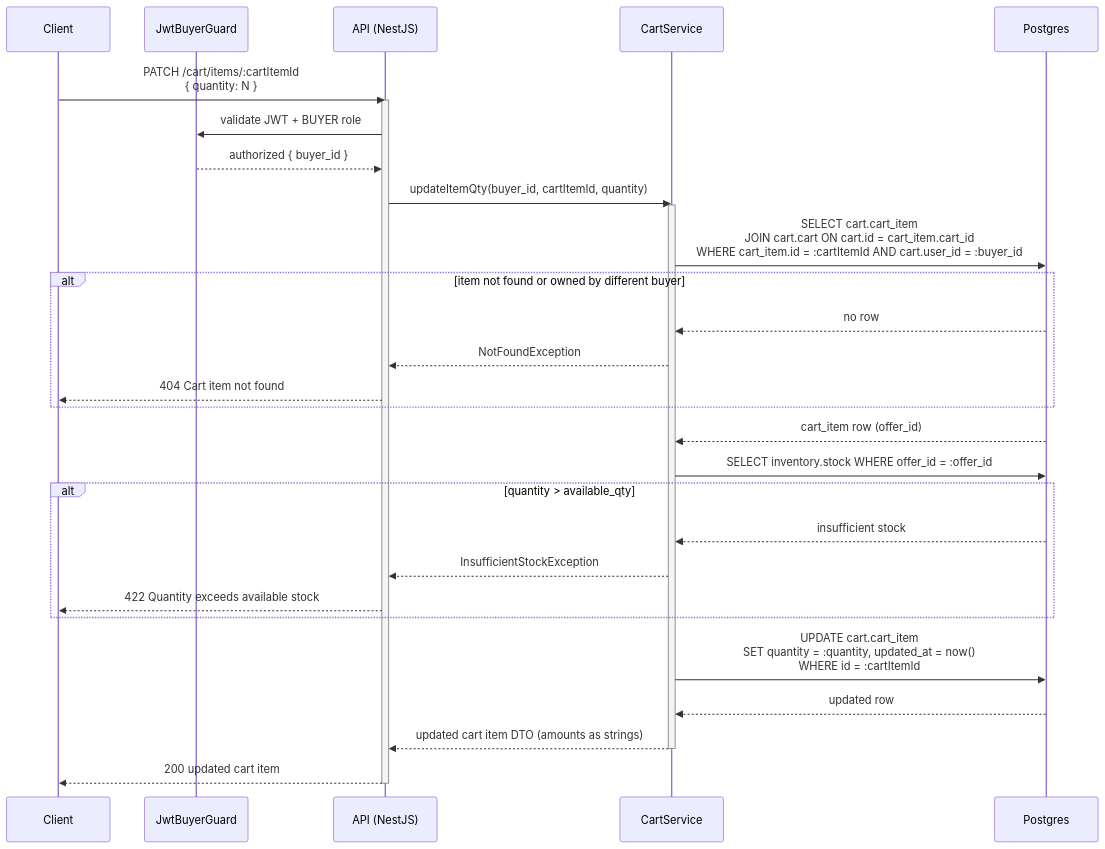
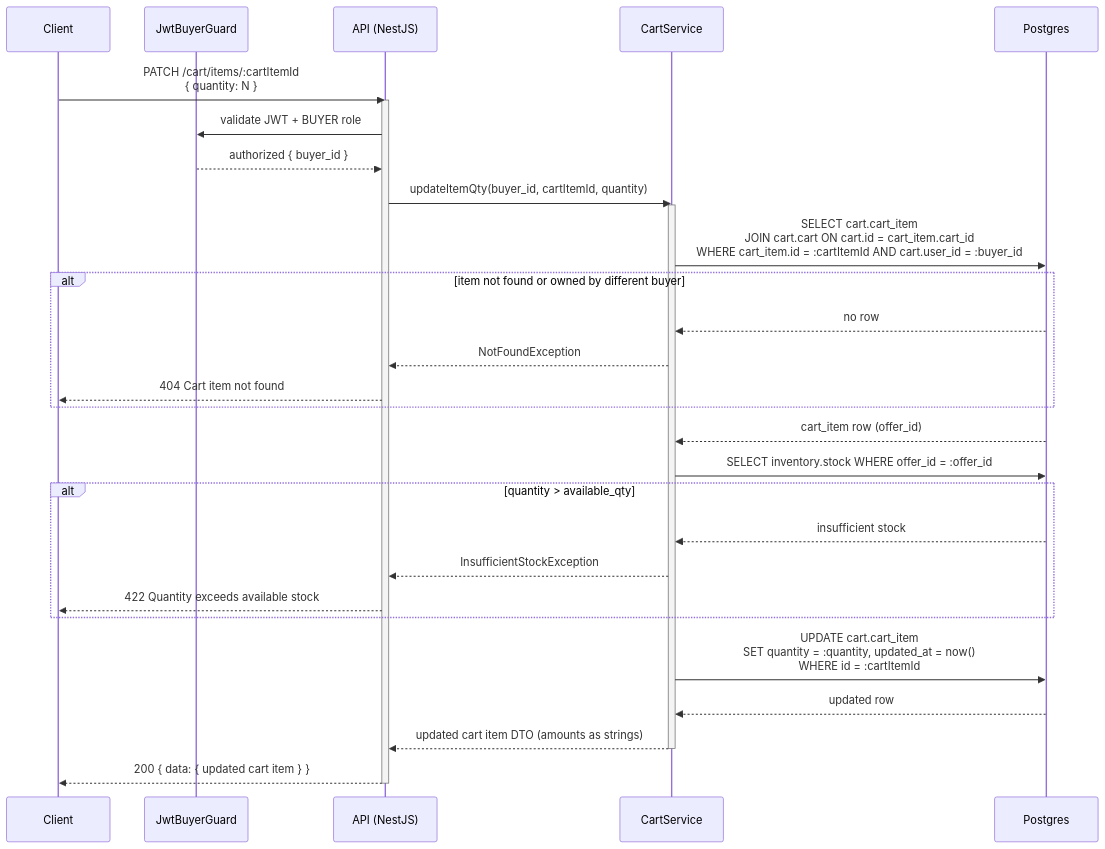
The third of 6 diagrams in phase-1/technical-design/api-design/cart.md (alisa-uthi/aliceut-ecom-document), drawn with Mermaid before and after one commit. The commit also changed other lines of this file and 22 other files, not shown here.

````diff
--- a/phase-1/technical-design/api-design/cart.md
+++ b/phase-1/technical-design/api-design/cart.md
@@ -181,34 +192,34 @@
 ```mermaid
 sequenceDiagram
     participant C as Client
     participant G as JwtBuyerGuard
     participant A as API (NestJS)
     participant S as CartService
     participant P as Postgres
 
     C->>A: PATCH /cart/items/:cartItemId<br/>{ quantity: N }
     activate A
     A->>G: validate JWT + BUYER role
     G-->>A: authorized { buyer_id }
     A->>S: updateItemQty(buyer_id, cartItemId, quantity)
     activate S
     S->>P: SELECT cart.cart_item<br/>JOIN cart.cart ON cart.id = cart_item.cart_id<br/>WHERE cart_item.id = :cartItemId AND cart.user_id = :buyer_id
     alt item not found or owned by different buyer
         P-->>S: no row
         S-->>A: NotFoundException
         A-->>C: 404 Cart item not found
     end
     P-->>S: cart_item row (offer_id)
     S->>P: SELECT inventory.stock WHERE offer_id = :offer_id
     alt quantity > available_qty
         P-->>S: insufficient stock
         S-->>A: InsufficientStockException
         A-->>C: 422 Quantity exceeds available stock
     end
     S->>P: UPDATE cart.cart_item<br/>SET quantity = :quantity, updated_at = now()<br/>WHERE id = :cartItemId
     P-->>S: updated row
     S-->>A: updated cart item DTO (amounts as strings)
     deactivate S
-    A-->>C: 200 updated cart item
+    A-->>C: 200 { data: { updated cart item } }
     deactivate A
 ```
````
